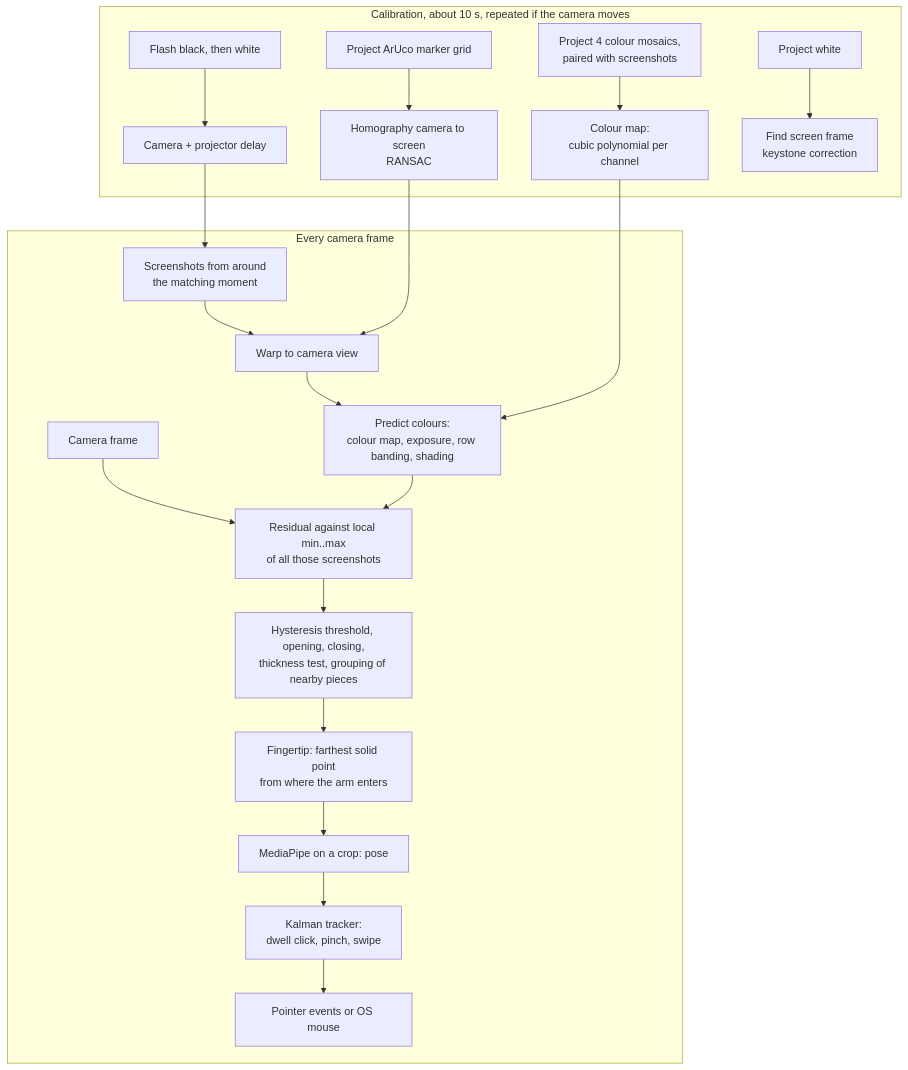
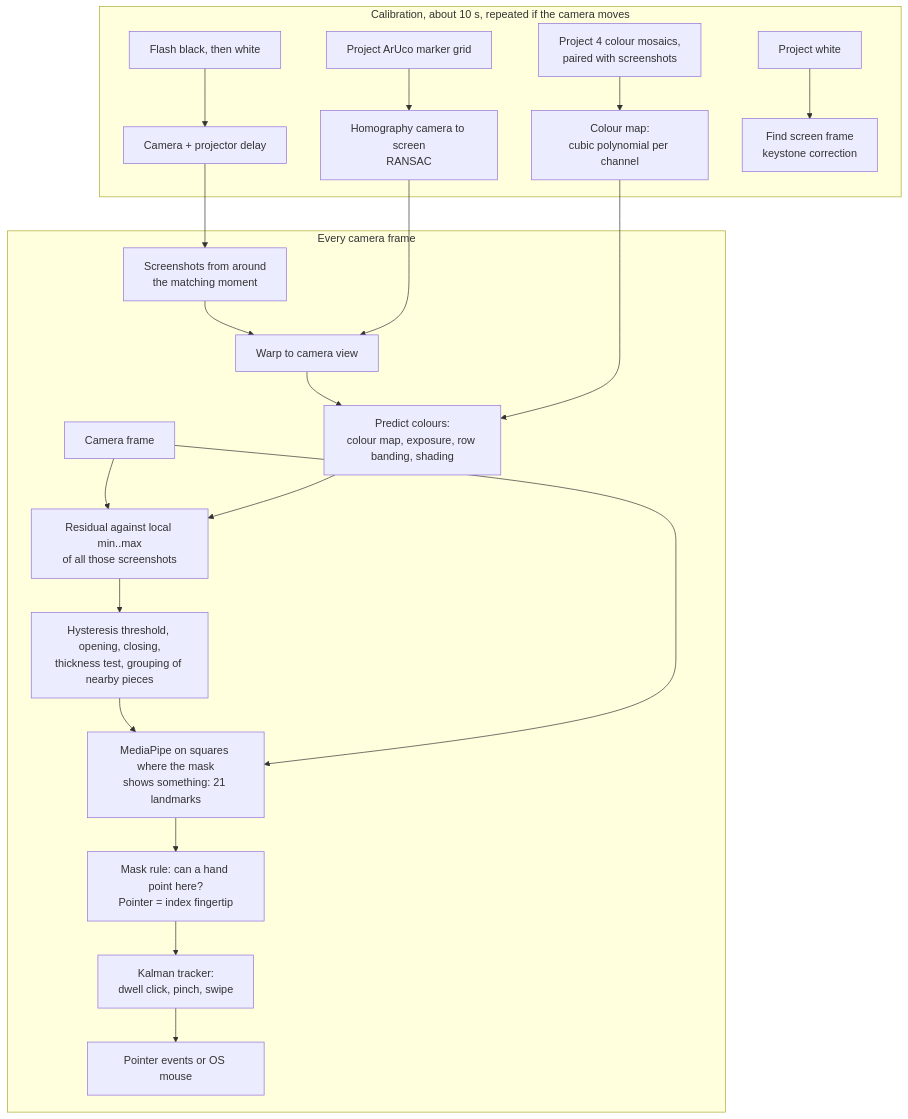
One commit to jweaker/visiontouch changed the diagram in docs/report.md. Above: the diagram before and after it, drawn with Mermaid. The commit also changed other lines of this file and 30 other files, not shown here.

````diff
--- a/docs/report.md
+++ b/docs/report.md
@@ -79,22 +79,23 @@
 ```mermaid
 flowchart TB
     subgraph Calibration [Calibration, about 10 s, repeated if the camera moves]
         C1[Project ArUco marker grid] --> C2[Homography camera to screen<br/>RANSAC]
         C3[Project 4 colour mosaics,<br/>paired with screenshots] --> C4[Colour map:<br/>cubic polynomial per channel]
         C5[Flash black, then white] --> C6[Camera + projector delay]
         C7[Project white] --> C8[Find screen frame<br/>keystone correction]
     end
     subgraph Frame [Every camera frame]
         F1[Camera frame] --> F5
         F2[Screenshots from around<br/>the matching moment] --> F3[Warp to camera view] --> F4[Predict colours:<br/>colour map, exposure, row banding, shading]
         F4 --> F5[Residual against local min..max<br/>of all those screenshots]
         F5 --> F6[Hysteresis threshold, opening, closing,<br/>thickness test, grouping of nearby pieces]
-        F6 --> F7[Fingertip: farthest solid point<br/>from where the arm enters]
-        F7 --> F8[MediaPipe on a crop: pose]
+        F6 --> F7[MediaPipe on squares where the mask<br/>shows something: 21 landmarks]
+        F1 --> F7
+        F7 --> F8[Mask rule: can a hand point here?<br/>Pointer = index fingertip]
         F8 --> F9[Kalman tracker:<br/>dwell click, pinch, swipe]
         F9 --> F10[Pointer events or OS mouse]
     end
     C2 --> F3
     C4 --> F4
     C6 --> F2
 ```
````
